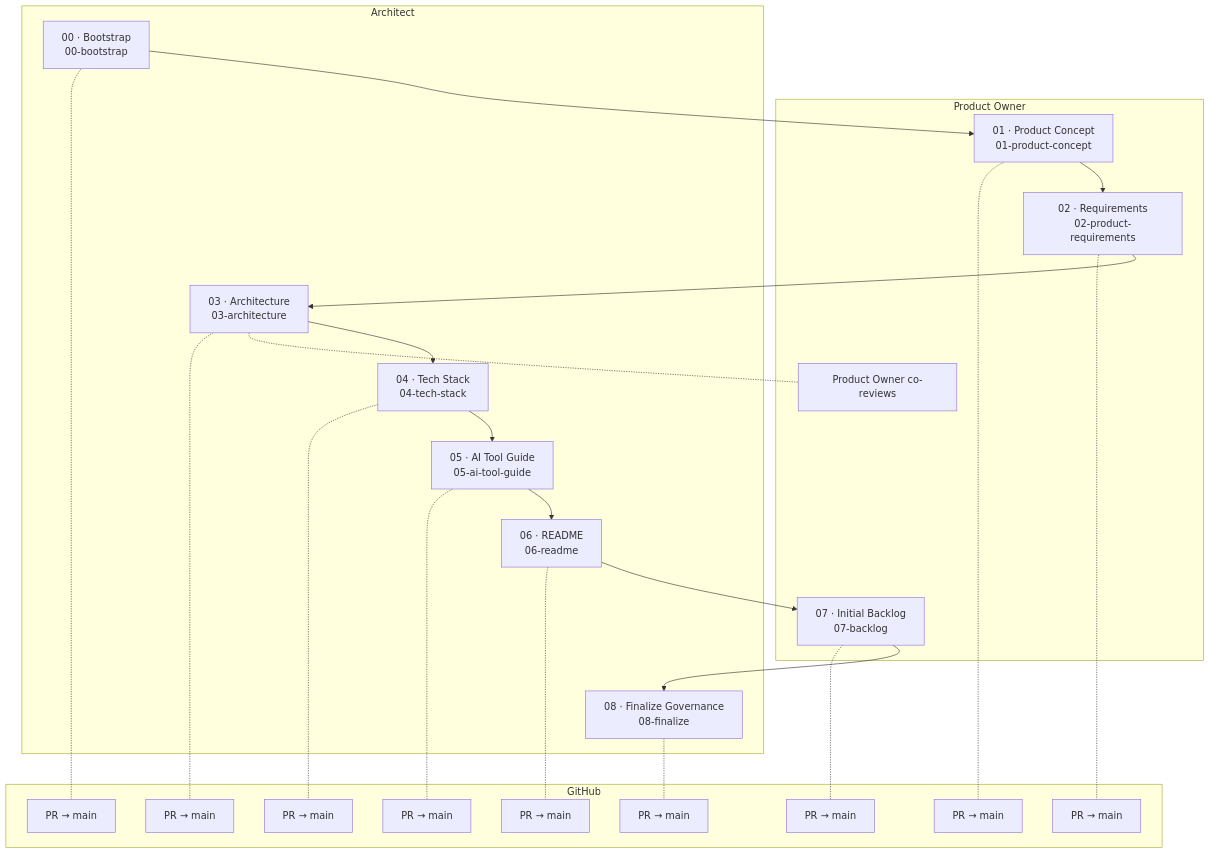
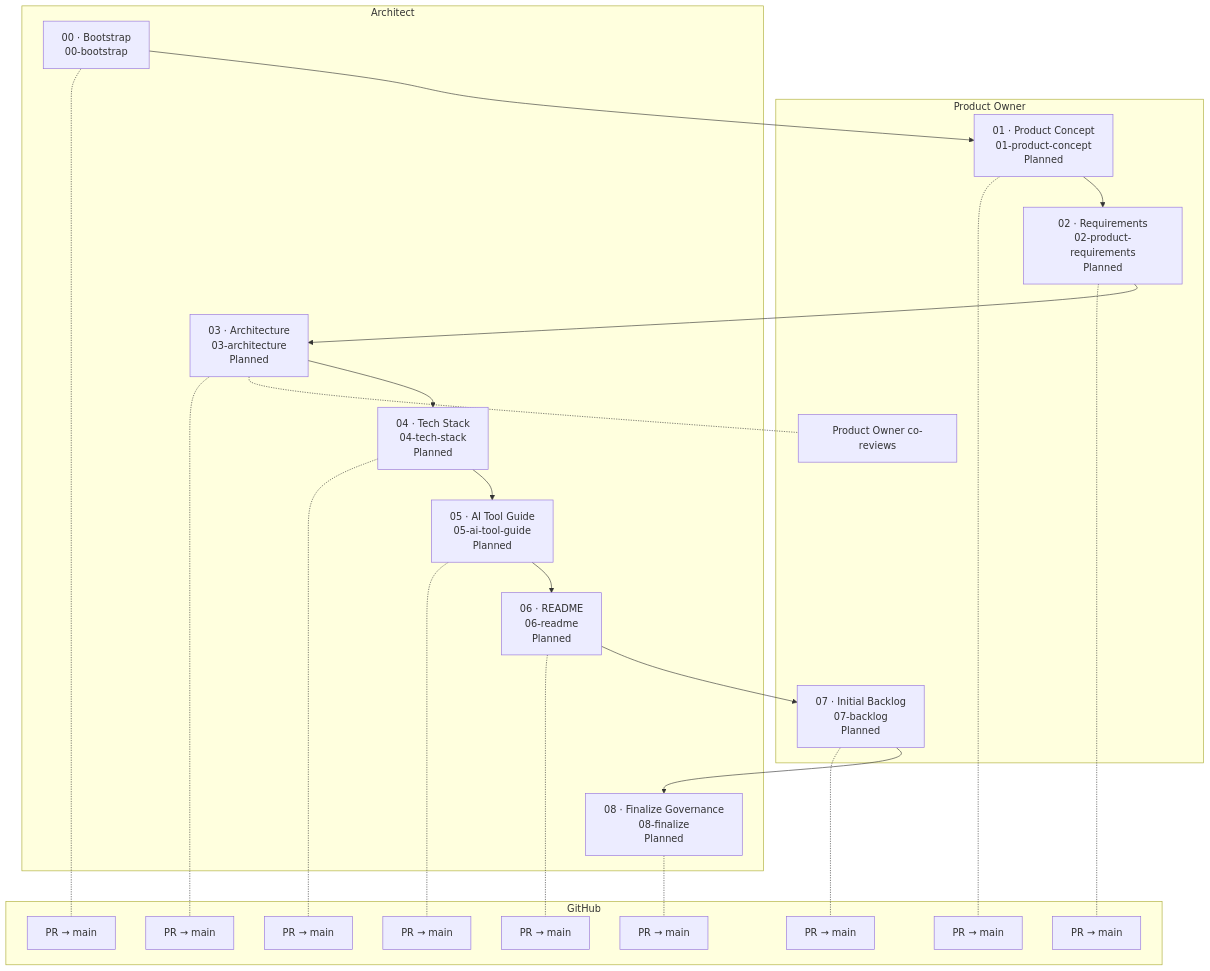
Before and after one commit to viralparikh-dev/cuevik-plugins: the first of 3 diagrams in docs/guides/Cuevik-Plugins_Walkthrough.md, drawn with Mermaid. The commit also changed other lines of this file and 8 other files, not shown here.

````diff
--- a/docs/guides/Cuevik-Plugins_Walkthrough.md
+++ b/docs/guides/Cuevik-Plugins_Walkthrough.md
@@ -81,46 +79,46 @@
 ```mermaid
 flowchart TB
   subgraph PO["Product Owner"]
-    M1["01 · Product Concept<br/>01-product-concept"]
-    M2["02 · Requirements<br/>02-product-requirements"]
+    M1["01 · Product Concept<br/>01-product-concept<br/>Planned"]
+    M2["02 · Requirements<br/>02-product-requirements<br/>Planned"]
     S3_1["Product Owner co-reviews"]
-    M7["07 · Initial Backlog<br/>07-backlog"]
+    M7["07 · Initial Backlog<br/>07-backlog<br/>Planned"]
   end
   subgraph AR["Architect"]
     M0["00 · Bootstrap<br/>00-bootstrap"]
-    M3["03 · Architecture<br/>03-architecture"]
-    M4["04 · Tech Stack<br/>04-tech-stack"]
-    M5["05 · AI Tool Guide<br/>05-ai-tool-guide"]
-    M6["06 · README<br/>06-readme"]
-    M8["08 · Finalize Governance<br/>08-finalize"]
+    M3["03 · Architecture<br/>03-architecture<br/>Planned"]
+    M4["04 · Tech Stack<br/>04-tech-stack<br/>Planned"]
+    M5["05 · AI Tool Guide<br/>05-ai-tool-guide<br/>Planned"]
+    M6["06 · README<br/>06-readme<br/>Planned"]
+    M8["08 · Finalize Governance<br/>08-finalize<br/>Planned"]
   end
   subgraph GH["GitHub"]
     S0_0["PR → main"]
     S1_0["PR → main"]
     S2_0["PR → main"]
     S3_0["PR → main"]
     S4_0["PR → main"]
     S5_0["PR → main"]
     S6_0["PR → main"]
     S7_0["PR → main"]
     S8_0["PR → main"]
   end
   M0 -.- S0_0
   M0 --> M1
   M1 -.- S1_0
   M1 --> M2
   M2 -.- S2_0
   M2 --> M3
   M3 -.- S3_0
   M3 -.- S3_1
   M3 --> M4
   M4 -.- S4_0
   M4 --> M5
   M5 -.- S5_0
   M5 --> M6
   M6 -.- S6_0
   M6 --> M7
   M7 -.- S7_0
   M7 --> M8
   M8 -.- S8_0
 ```
````
